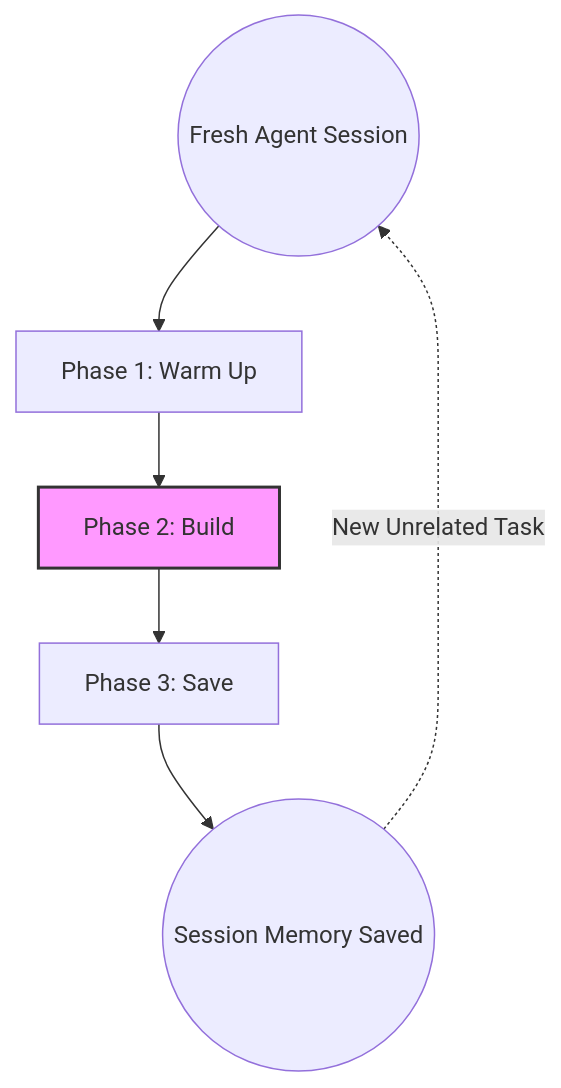
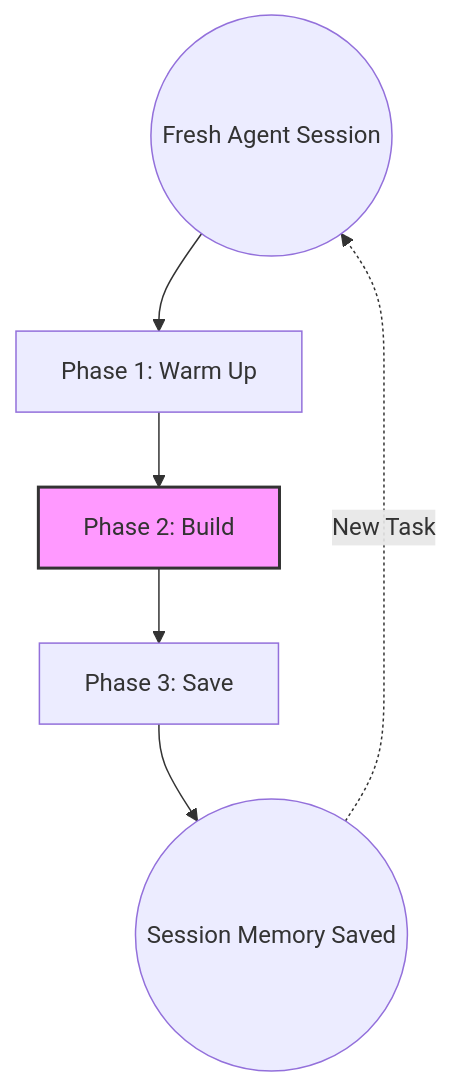
The diagram in docs/getting-started/lifecycle.md (konteks/cli), drawn with Mermaid before and after one commit. The commit also changed other lines of this file and 3 other files, not shown here.

````diff
--- a/docs/getting-started/lifecycle.md
+++ b/docs/getting-started/lifecycle.md
@@ -5,11 +5,11 @@
 ```mermaid
 graph TD
     Start((Fresh Agent Session)) --> P1[Phase 1: Warm Up]
     P1 --> P2[Phase 2: Build]
     P2 --> P3[Phase 3: Save]
     P3 --> End((Session Memory Saved))
     
-    End -.->|New Unrelated Task| Start
+    End -.->|New Task| Start
 
     style P2 fill:#f9f,stroke:#333,stroke-width:2px
 ```
````
